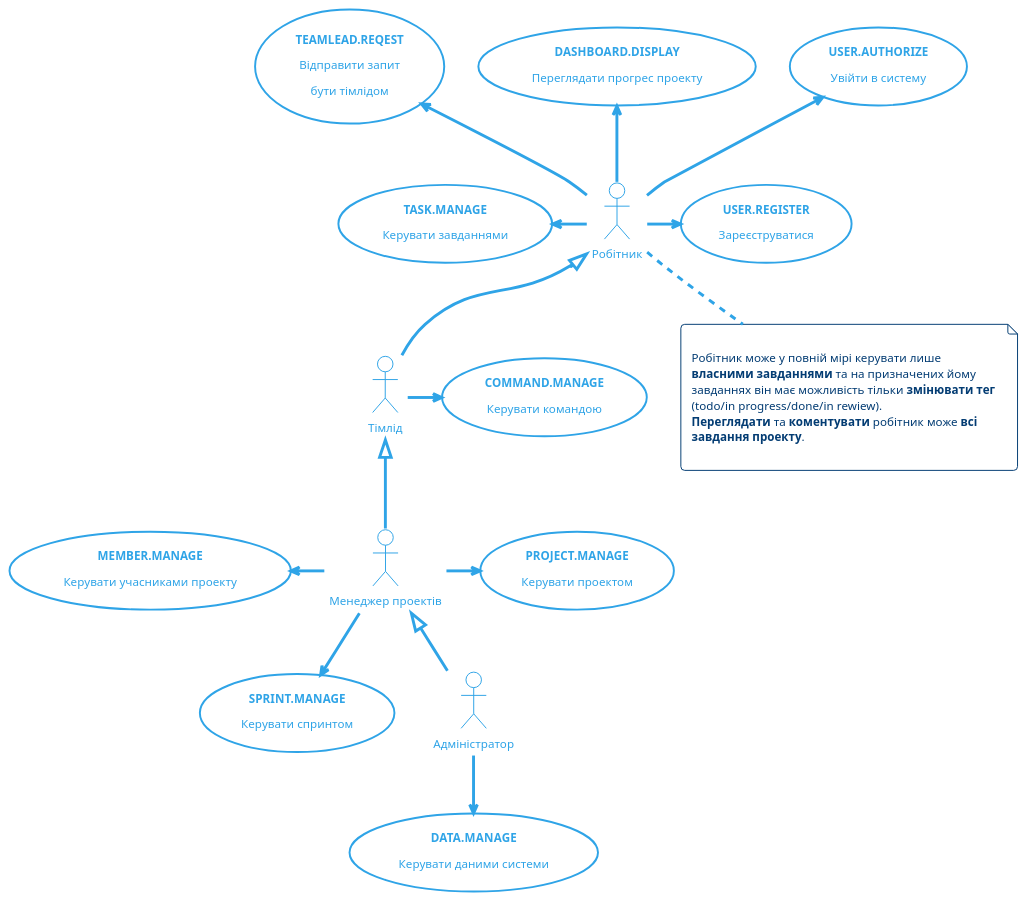
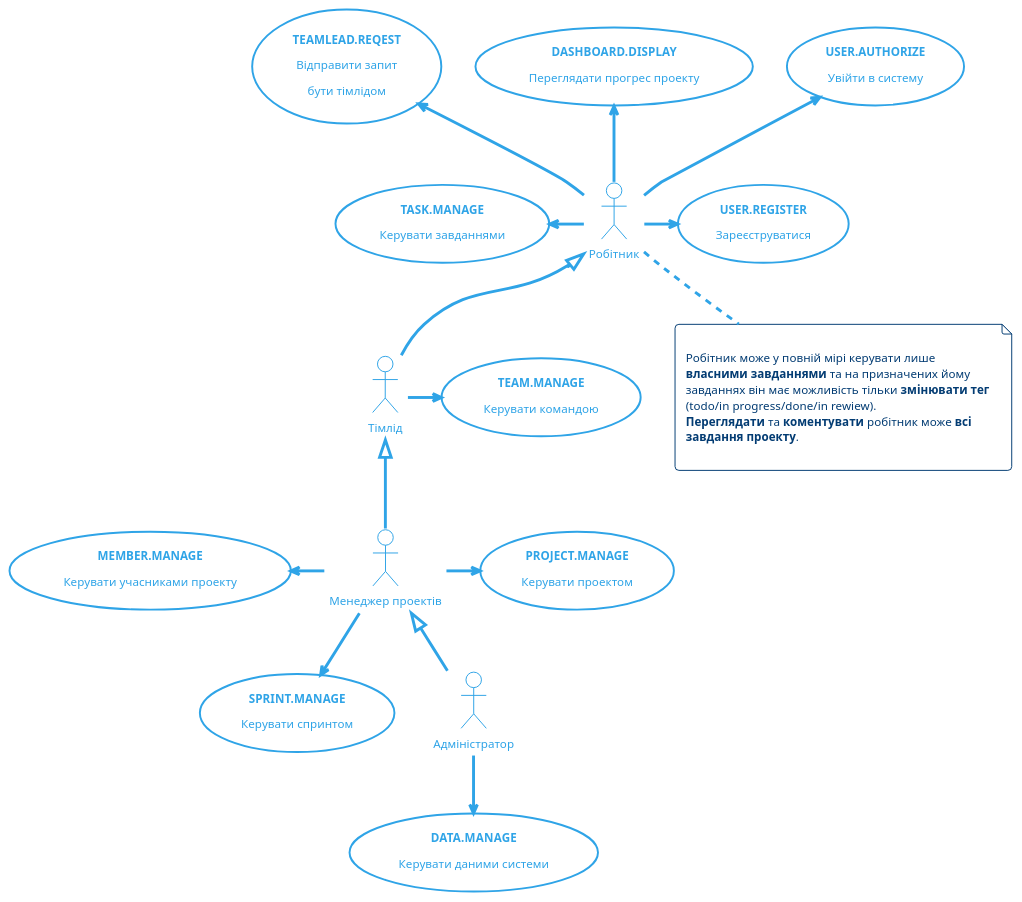
The first of 5 diagrams in docs/use cases/README.md (edu-db/edu_db_labs), drawn with PlantUML before and after one commit. The commit also changed other lines of this file, not shown here.

```diff
--- a/docs/use cases/README.md
+++ b/docs/use cases/README.md
@@ -12,58 +12,58 @@
 @startuml
 !theme cerulean-outline
 
     actor "Робітник" as Collaborator
 
     usecase "<b>USER.REGISTER</b>\nЗареєструватися" as USER.REGISTER
     usecase "<b>USER.AUTHORIZE</b>\nУвійти в систему" as USER.AUTHORIZE
     usecase "<b>TASK.MANAGE</b>\nКерувати завданнями" as TASK.MANAGE
     usecase "<b>DASHBOARD.DISPLAY</b>\nПереглядати прогрес проекту" as DASHBOARD.DISPLAY
     usecase "<b>TEAMLEAD.REQEST</b>\nВідправити запит\nбути тімлідом" as TEAMLEAD.REQEST
 
     Collaborator -r-> USER.REGISTER
     Collaborator -u-> USER.AUTHORIZE
     Collaborator -l-> TASK.MANAGE
     Collaborator -u-> DASHBOARD.DISPLAY
     Collaborator -u-> TEAMLEAD.REQEST
 
 
      note bottom of Collaborator #fff
     
         Робітник може у повній мірі керувати лише 
         <b>власними завданнями</b> та на призначених йому 
         завданнях він має можливість тільки <b>змінювати тег</b> 
         (todo/in progress/done/in rewiew).
         <b>Переглядати</b> та <b>коментувати</b> робітник може <b>всі</b> 
         <b>завдання проекту</b>.
     
     end note
 
 
     
     actor "Тімлід" as Teamlead
 
-    usecase "<b>COMMAND.MANAGE</b>\nКерувати командою" as COMMAND.MANAGE
+    usecase "<b>TEAM.MANAGE</b>\nКерувати командою" as TEAM.MANAGE
 
-    Teamlead -r-> COMMAND.MANAGE
+    Teamlead -r-> TEAM.MANAGE
     Teamlead -u-|> Collaborator
 
 
     actor "Менеджер проектів" as Manager
 
     usecase "<b>PROJECT.MANAGE</b>\nКерувати проектом" as PROJECT.MANAGE
     usecase "<b>SPRINT.MANAGE</b>\nКерувати спринтом" as SPRINT.MANAGE
     usecase "<b>MEMBER.MANAGE</b>\nКерувати учасниками проекту" as MEMBER.MANAGE
 
     Manager -> PROJECT.MANAGE
     Manager -d-> SPRINT.MANAGE
     Manager -l-> MEMBER.MANAGE
     Manager -u-|> Teamlead
 
 
     actor "Адміністратор" as Admin
     
     usecase "<b>DATA.MANAGE</b>\nКерувати даними системи" as DATA.MANAGE
 
     Admin --> DATA.MANAGE
     Admin -u-|> Manager
 @enduml
```
